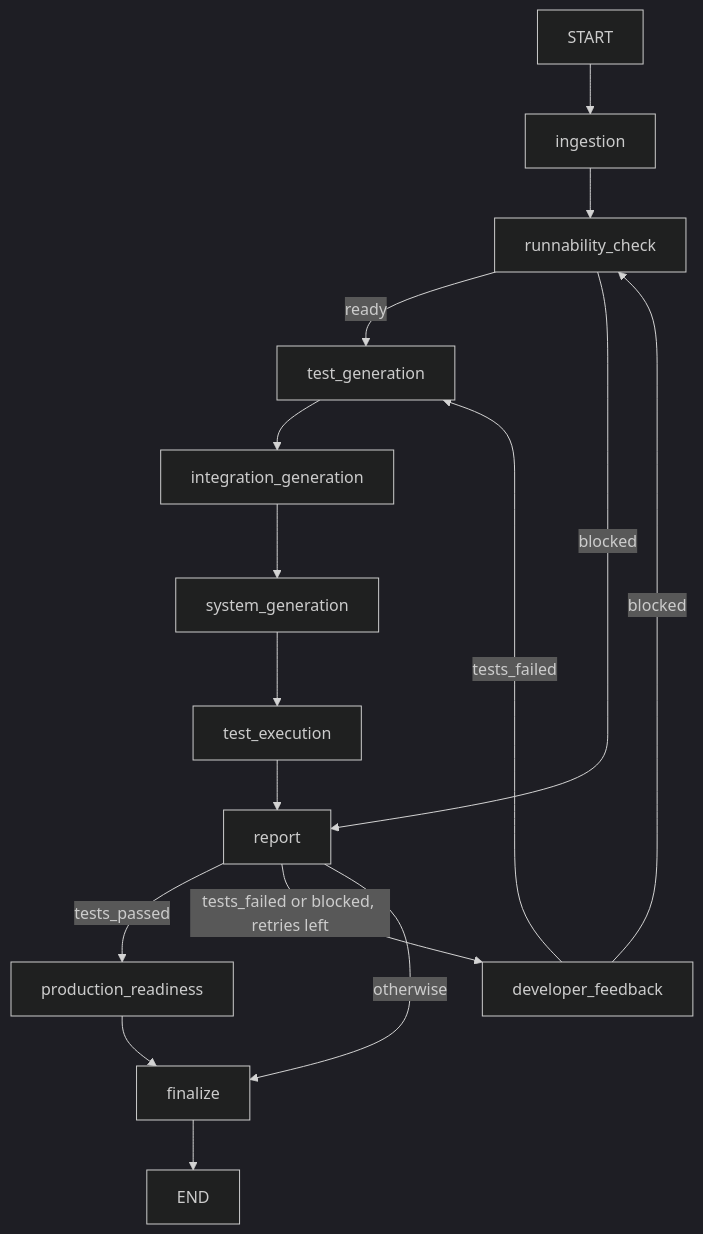
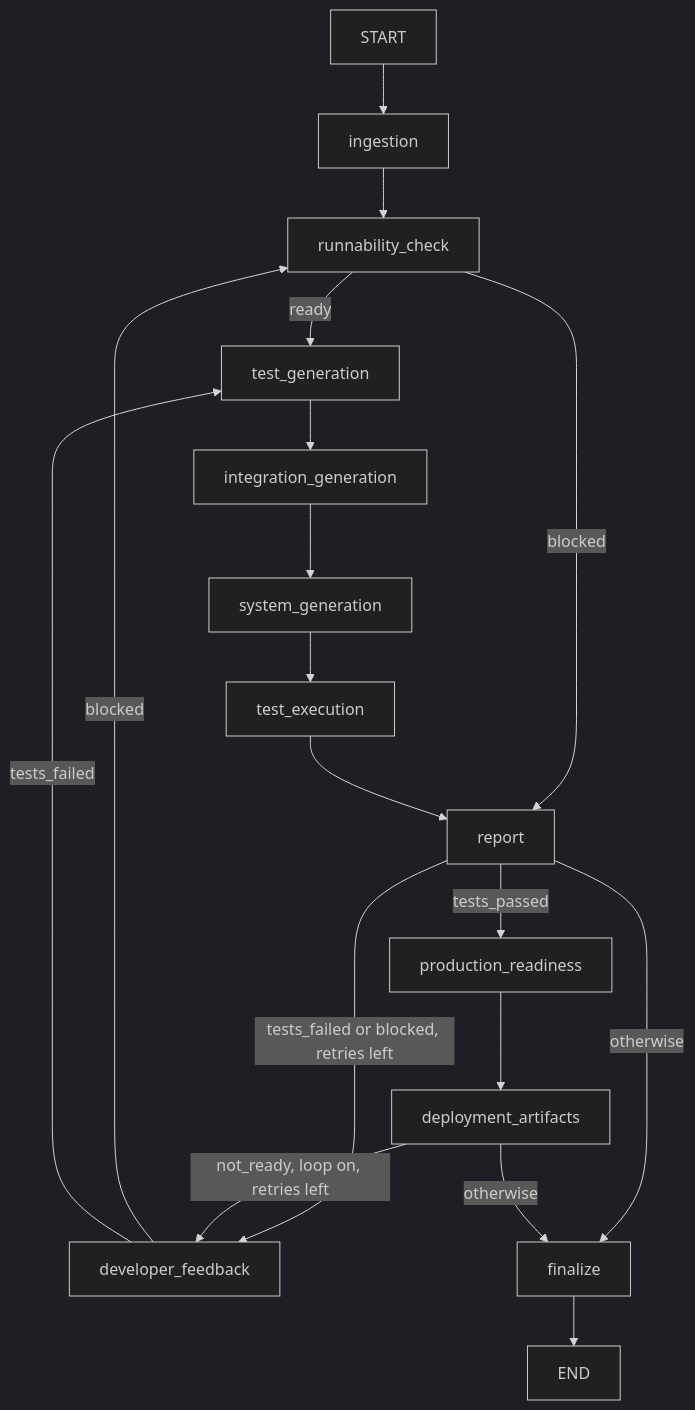
One commit to Muhammad-Ahmed-Rayyan/LangGraph-Test-QA-Pipeline changed the diagram in README.md. Above: the diagram before and after it, drawn with Mermaid (dark theme). The commit also changed 4 other files, not shown here.

Commit message:
feat: write deployment artifacts and optionally loop production findings back

````diff
--- a/README.md
+++ b/README.md
@@ -70,18 +70,20 @@
 ```mermaid
 flowchart TD
     START --> ingestion
     ingestion --> runnability_check
     runnability_check -->|ready| test_generation
     runnability_check -->|blocked| report
     test_generation --> integration_generation
     integration_generation --> system_generation
     system_generation --> test_execution
     test_execution --> report
     report -->|tests_passed| production_readiness
     report -->|tests_failed or blocked, retries left| developer_feedback
     report -->|otherwise| finalize
-    production_readiness --> finalize
+    production_readiness --> deployment_artifacts
+    deployment_artifacts -->|not_ready, loop on, retries left| developer_feedback
+    deployment_artifacts -->|otherwise| finalize
     developer_feedback -->|blocked| runnability_check
     developer_feedback -->|tests_failed| test_generation
     finalize --> END
 ```
````
